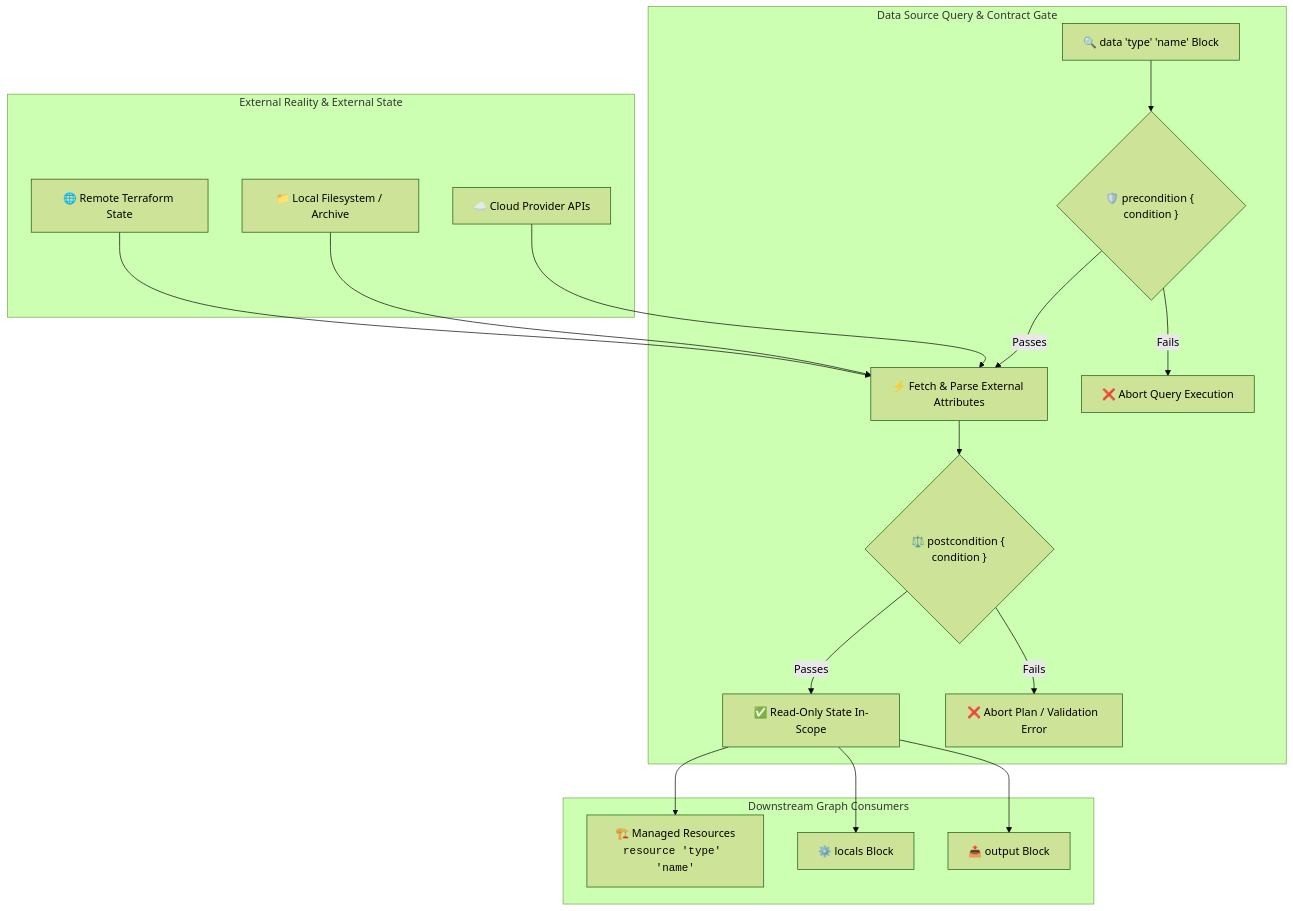
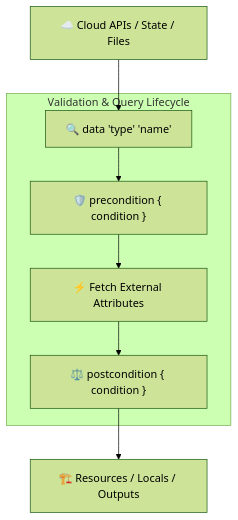
Before and after one commit to dnf0/terralings: the diagram in docs/guides/07-data-sources.md, drawn with Mermaid (forest theme). The commit also changed other lines of this file and 18 other files, not shown here.

First line of the commit message:
docs(guides): simplify mermaid diagrams and add conceptual breakdowns (#24)

````diff
--- a/docs/guides/07-data-sources.md
+++ b/docs/guides/07-data-sources.md
@@ -17,34 +17,12 @@
 ```mermaid
 flowchart TD
-    subgraph External["External Reality & External State"]
-        API["☁️ Cloud Provider APIs"]
-        FS["📁 Local Filesystem / Archive"]
-        Remote["🌐 Remote Terraform State"]
+    Sources["☁️ Cloud APIs / State / Files"] --> Query["🔍 data 'type' 'name'"]
+    
+    subgraph Lifecycle["Validation & Query Lifecycle"]
+        Query --> Pre["🛡️ precondition { condition }"]
+        Pre --> Fetch["⚡ Fetch External Attributes"]
+        Fetch --> Post["⚖️ postcondition { condition }"]
     end
 
-    subgraph DataQuery["Data Source Query & Contract Gate"]
-        Block["🔍 data 'type' 'name' Block"]
-        PreCond{"🛡️ precondition { condition }"}
-        PostCond{"⚖️ postcondition { condition }"}
-        
-        Block --> PreCond
-        PreCond -->|"Passes"| Fetch["⚡ Fetch & Parse External Attributes"]
-        PreCond -->|"Fails"| PreErr["❌ Abort Query Execution"]
-        Fetch --> PostCond
-        PostCond -->|"Passes"| ValidData["✅ Read-Only State In-Scope"]
-        PostCond -->|"Fails"| PostErr["❌ Abort Plan / Validation Error"]
-    end
-
-    subgraph Downstream["Downstream Graph Consumers"]
-        Res["🏗️ Managed Resources<br/><code>resource 'type' 'name'</code>"]
-        Loc["⚙️ locals Block"]
-        Out["📤 output Block"]
-    end
-
-    API --> Fetch
-    FS --> Fetch
-    Remote --> Fetch
-    ValidData --> Res
-    ValidData --> Loc
-    ValidData --> Out
+    Post --> Consumers["🏗️ Resources / Locals / Outputs"]
 ```
````
